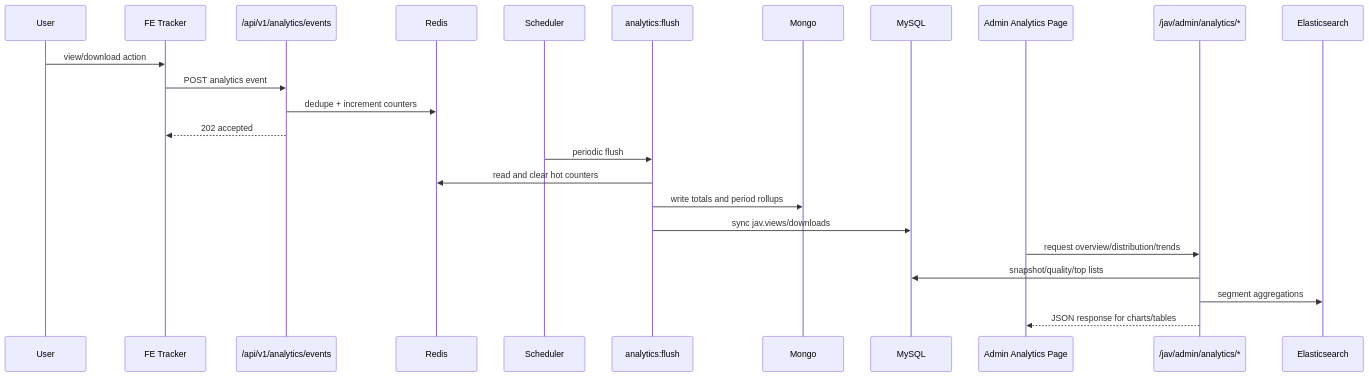
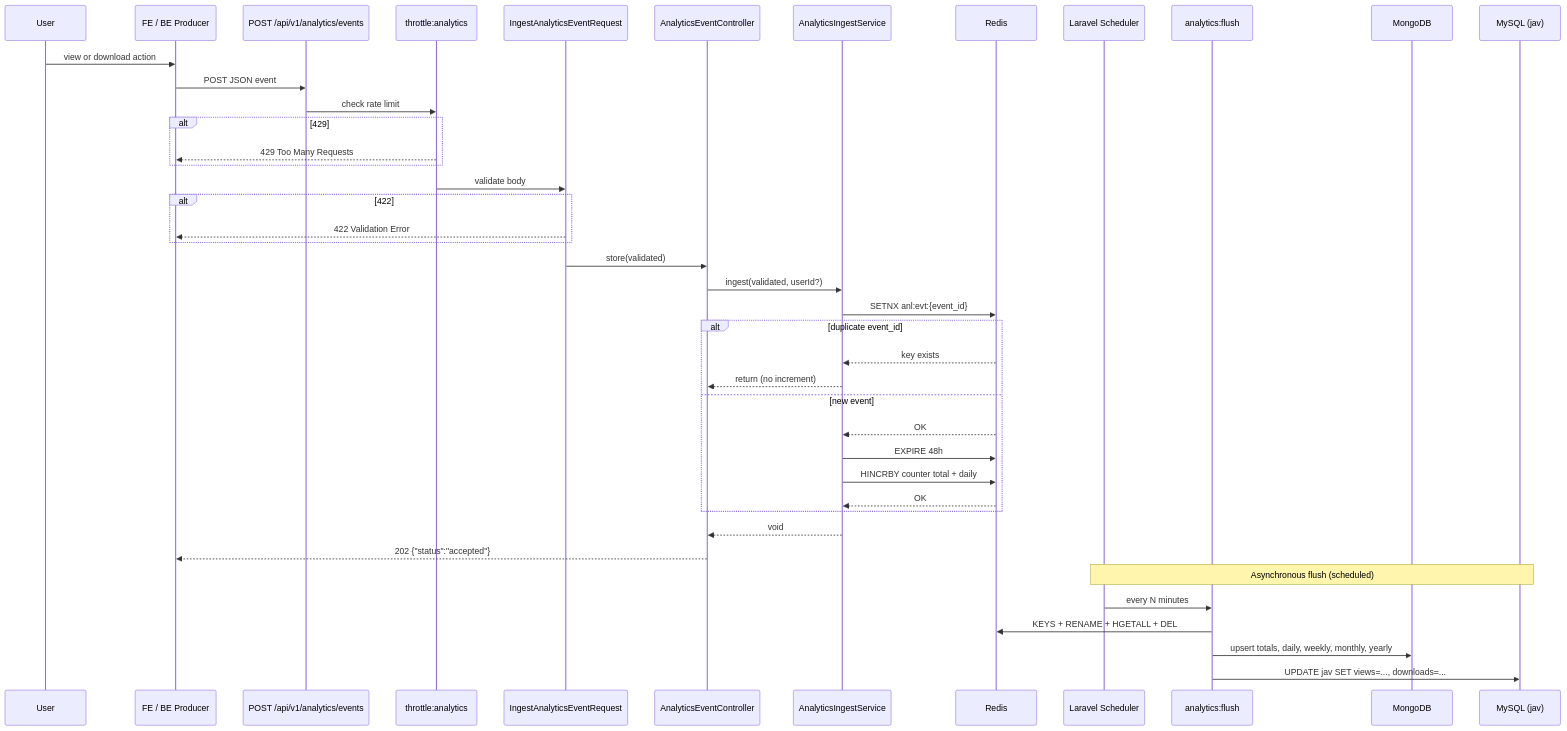
One commit to jooservices/XCrawlerII changed the first of 4 diagrams in docs/analytics/request-lifecycle.md. Above: the diagram before and after it, drawn with Mermaid. The commit also changed other lines of this file and 16 other files, not shown here.

````diff
--- a/docs/analytics/request-lifecycle.md
+++ b/docs/analytics/request-lifecycle.md
@@ -7,27 +29,46 @@
 ```mermaid
 sequenceDiagram
-participant User
-participant FE as FE Tracker
-participant IngestAPI as /api/v1/analytics/events
-participant Redis
-participant Scheduler
-participant Flush as analytics:flush
-participant Mongo
-participant MySQL
-participant AdminUI as Admin Analytics Page
-participant AdminAPI as /jav/admin/analytics/*
-participant ES as Elasticsearch
+    participant User
+    participant FE as FE / BE Producer
+    participant API as POST /api/v1/analytics/events
+    participant Throttle as throttle:analytics
+    participant Validator as IngestAnalyticsEventRequest
+    participant Controller as AnalyticsEventController
+    participant Ingest as AnalyticsIngestService
+    participant Redis as Redis
+    participant Scheduler as Laravel Scheduler
+    participant Flush as analytics:flush
+    participant Mongo as MongoDB
+    participant MySQL as MySQL (jav)
 
-User->>FE: view/download action
-FE->>IngestAPI: POST analytics event
-IngestAPI->>Redis: dedupe + increment counters
-IngestAPI-->>FE: 202 accepted
-Scheduler->>Flush: periodic flush
-Flush->>Redis: read and clear hot counters
-Flush->>Mongo: write totals and period rollups
-Flush->>MySQL: sync jav.views/downloads
-AdminUI->>AdminAPI: request overview/distribution/trends
-AdminAPI->>MySQL: snapshot/quality/top lists
-AdminAPI->>ES: segment aggregations
-AdminAPI-->>AdminUI: JSON response for charts/tables
+    User->>FE: view or download action
+    FE->>API: POST JSON event
+    API->>Throttle: check rate limit
+    alt 429
+        Throttle-->>FE: 429 Too Many Requests
+    end
+    Throttle->>Validator: validate body
+    alt 422
+        Validator-->>FE: 422 Validation Error
+    end
+    Validator->>Controller: store(validated)
+    Controller->>Ingest: ingest(validated, userId?)
+    Ingest->>Redis: SETNX anl:evt:{event_id}
+    alt duplicate event_id
+        Redis-->>Ingest: key exists
+        Ingest-->>Controller: return (no increment)
+    else new event
+        Redis-->>Ingest: OK
+        Ingest->>Redis: EXPIRE 48h
+        Ingest->>Redis: HINCRBY counter total + daily
+        Redis-->>Ingest: OK
+    end
+    Ingest-->>Controller: void
+    Controller-->>FE: 202 {"status":"accepted"}
+
+    Note over Scheduler,MySQL: Asynchronous flush (scheduled)
+    Scheduler->>Flush: every N minutes
+    Flush->>Redis: KEYS + RENAME + HGETALL + DEL
+    Flush->>Mongo: upsert totals, daily, weekly, monthly, yearly
+    Flush->>MySQL: UPDATE jav SET views=..., downloads=...
 ```
````
